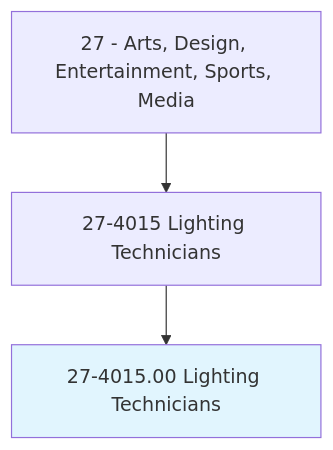
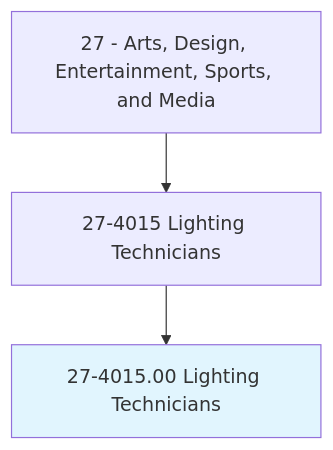
One commit to kziemski/business.org.ai changed the first of 4 diagrams in occupations/ArtsMedia/LightingTechnicians.mdx. Above: the diagram before and after it, drawn with Mermaid. The commit also changed other lines of this file and 938 other files, not shown here.

````diff
--- a/occupations/ArtsMedia/LightingTechnicians.mdx
+++ b/occupations/ArtsMedia/LightingTechnicians.mdx
@@ -19,6 +23,6 @@
 ```mermaid
 graph TD
-    Cat27["27 - Arts, Design, Entertainment, Sports, Media"] --> Group274015["27-4015 Lighting Technicians"]
+    Cat27["27 - Arts, Design, Entertainment, Sports, and Media"] --> Group274015["27-4015 Lighting Technicians"]
     Group274015 --> Current["27-4015.00 Lighting Technicians"]
     style Current fill:#e1f5fe
 ```
````
